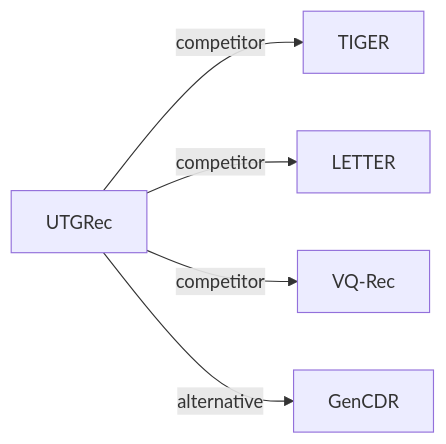
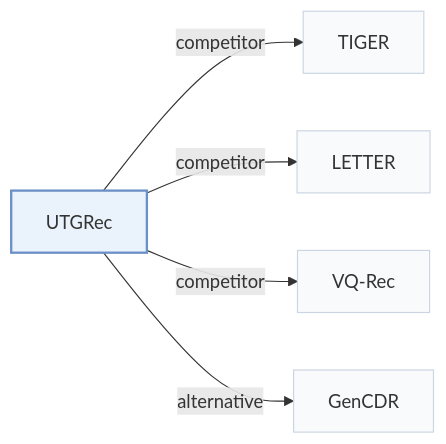
One commit to Galaxy-ghost/Awesome-SID-Generative-Rec changed the second of 2 diagrams in pages/papers/utgrec.md. Above: the diagram before and after it, drawn with Mermaid. The commit also changed other lines of this file and 649 other files, not shown here.

Commit message:
writer-05: also tags and modality index (schema, check, build, visuals); summary field removed; calibration data for 12 papers

````diff
--- a/pages/papers/utgrec.md
+++ b/pages/papers/utgrec.md
@@ -67,8 +74,12 @@
 ```mermaid
 flowchart LR
     P["UTGRec"]
-    P -->|competitor| A["TIGER"]
-    P -->|competitor| B["LETTER"]
-    P -->|competitor| C["VQ-Rec"]
-    P -->|alternative| D["GenCDR"]
+    P -->|"competitor"| A["TIGER"]
+    P -->|"competitor"| B["LETTER"]
+    P -->|"competitor"| C["VQ-Rec"]
+    P -->|"alternative"| D["GenCDR"]
+    classDef main fill:#eaf2fb,stroke:#6b8fc7,stroke-width:2px
+    classDef peer fill:#f8fafc,stroke:#cbd5e1
+    class P main
+    class A,B,C,D peer
 ```
````
